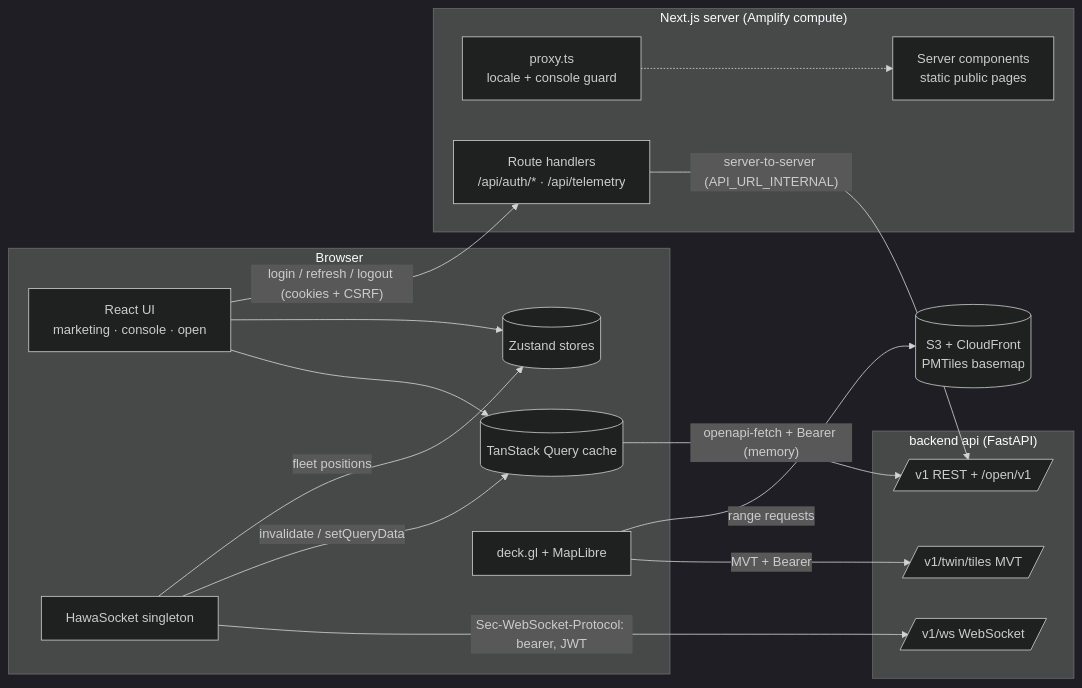
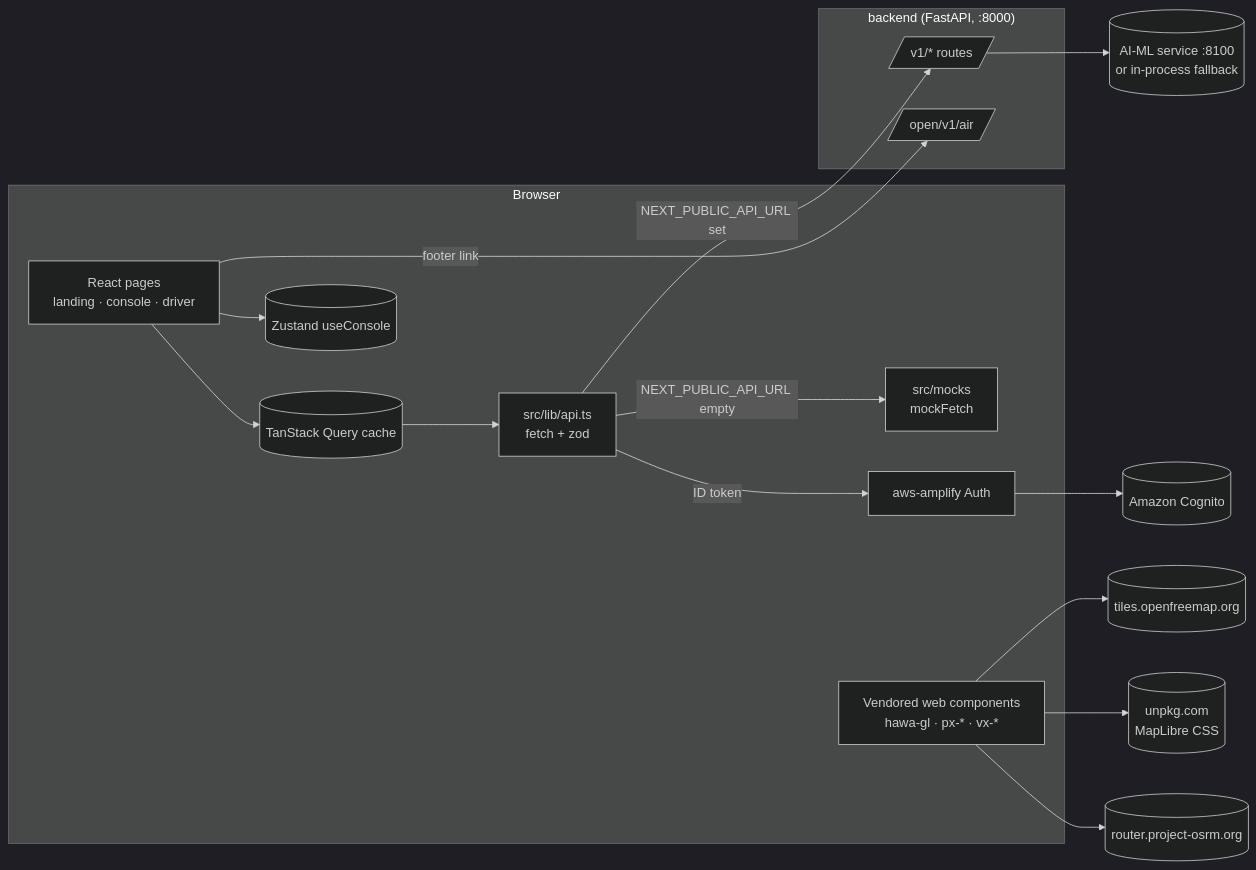
Before and after one commit to shankywho/HawaCommand: the first of 2 diagrams in docs/frontend/ARCHITECTURE.md, drawn with Mermaid (dark theme). The commit also changed other lines of this file and 56 other files, not shown here.

````diff
--- a/docs/frontend/ARCHITECTURE.md
+++ b/docs/frontend/ARCHITECTURE.md
@@ -38,33 +36,32 @@
 ```mermaid
 flowchart LR
   subgraph Browser
-    UI[React UI<br/>marketing · console · open]
+    UI[React pages<br/>landing · console · driver]
     QC[(TanStack Query cache)]
-    ZS[(Zustand stores)]
-    WSC[HawaSocket singleton]
-    MAP[deck.gl + MapLibre]
+    ZS[(Zustand useConsole)]
+    API[src/lib/api.ts<br/>fetch + zod]
+    MOCK[src/mocks<br/>mockFetch]
+    VIS[Vendored web components<br/>hawa-gl · px-* · vx-*]
+    AMP[aws-amplify Auth]
   end
-  subgraph Next["Next.js server (Amplify compute)"]
-    PX[proxy.ts<br/>locale + console guard]
-    RH[Route handlers<br/>/api/auth/* · /api/telemetry]
-    RSC[Server components<br/>static public pages]
+  subgraph Backend["backend (FastAPI, :8000)"]
+    V1[/v1/* routes/]
+    OPEN[/open/v1/air/]
   end
-  subgraph Backend["backend api (FastAPI)"]
-    REST[/v1 REST + /open/v1/]
-    WS[/v1/ws WebSocket/]
-    TILES[/v1/twin/tiles MVT/]
-  end
-  CDN[(S3 + CloudFront<br/>PMTiles basemap)]
+  AIML[(AI-ML service :8100<br/>or in-process fallback)]
+  COG[(Amazon Cognito)]
+  OFM[(tiles.openfreemap.org)]
+  UNPKG[(unpkg.com<br/>MapLibre CSS)]
+  OSRM[(router.project-osrm.org)]
 
-  UI --> QC
+  UI --> QC --> API
   UI --> ZS
-  QC -- "openapi-fetch + Bearer (memory)" --> REST
-  MAP -- "MVT + Bearer" --> TILES
-  MAP -- "range requests" --> CDN
-  WSC -- "Sec-WebSocket-Protocol: bearer, JWT" --> WS
-  WSC -- "invalidate / setQueryData" --> QC
-  WSC -- "fleet positions" --> ZS
-  UI -- "login / refresh / logout (cookies + CSRF)" --> RH
-  RH -- "server-to-server (API_URL_INTERNAL)" --> REST
-  PX -.-> RSC
+  API -- "NEXT_PUBLIC_API_URL set" --> V1
+  API -- "NEXT_PUBLIC_API_URL empty" --> MOCK
+  API -- "ID token" --> AMP --> COG
+  V1 --> AIML
+  UI -- "footer link" --> OPEN
+  VIS --> OFM
+  VIS --> UNPKG
+  VIS --> OSRM
 ```
````
